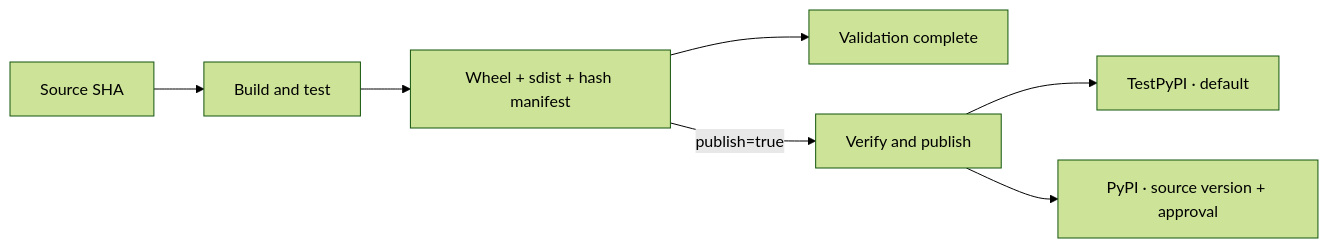
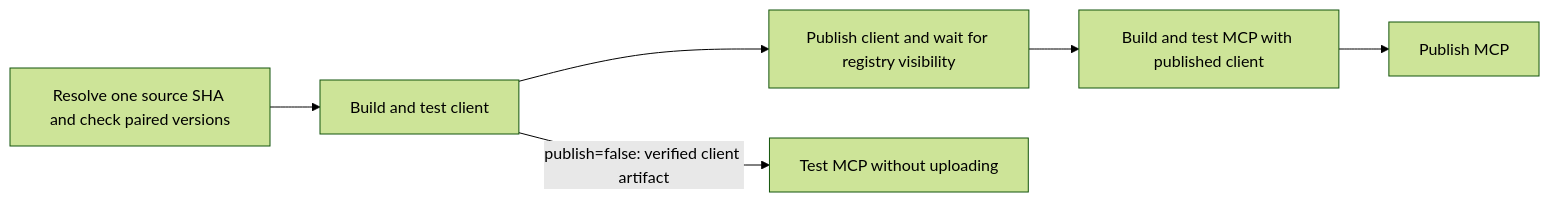
Before and after one commit to hugegraph/actions: the diagram in README.md, drawn with Mermaid (forest theme). The commit also changed other lines of this file and 4 other files, not shown here.

First line of the commit message:
feat: publish client and MCP in one run

````diff
--- a/README.md
+++ b/README.md
@@ -68,9 +68,8 @@
 ```mermaid
 flowchart LR
-    S[Source SHA] --> B[Build and test]
-    B --> A[Wheel + sdist + hash manifest]
-    A --> V[Validation complete]
-    A -->|publish=true| P[Verify and publish]
-    P --> T[TestPyPI · default]
-    P --> R[PyPI · source version + approval]
+    S[Resolve one source SHA and check paired versions] --> C[Build and test client]
+    C --> CP[Publish client and wait for registry visibility]
+    CP --> M[Build and test MCP with published client]
+    M --> MP[Publish MCP]
+    C -->|publish=false: verified client artifact| V[Test MCP without uploading]
 ```
````
